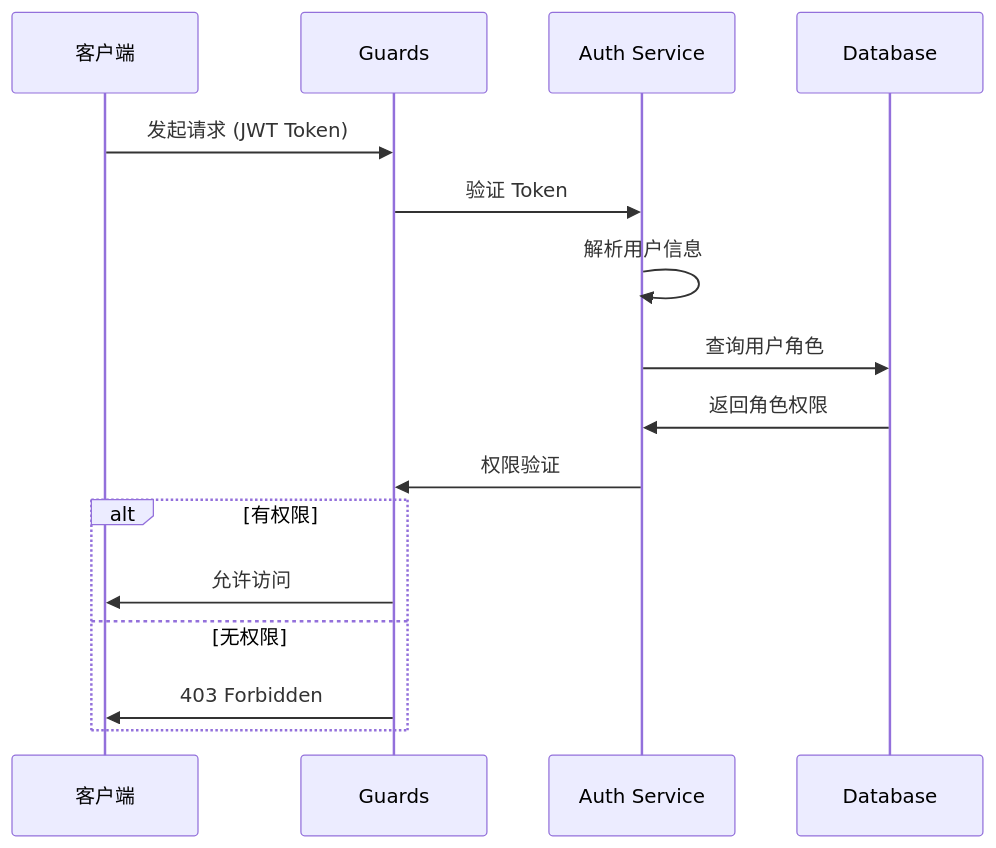
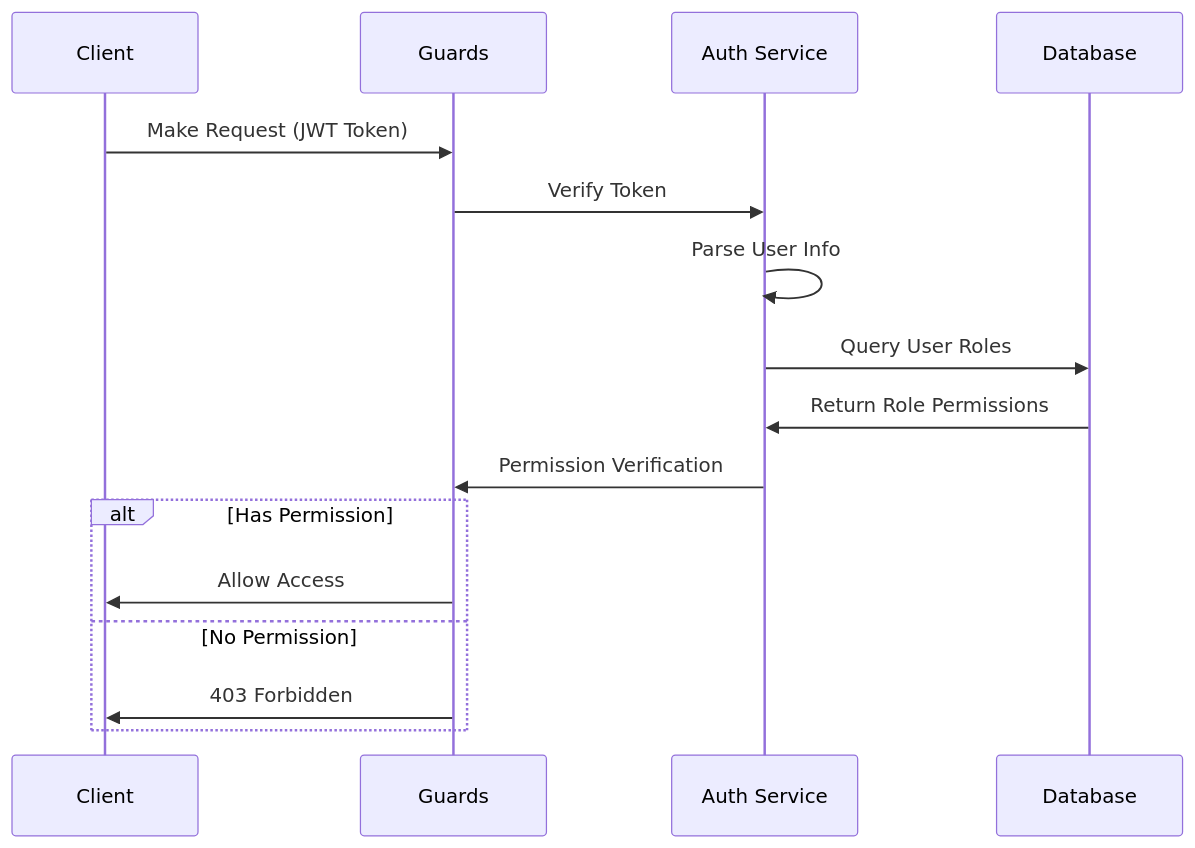
One commit to linlingqin77/Nest-Admin changed the second of 2 diagrams in README.md. Above: the diagram before and after it, drawn with Mermaid. The commit also changed other lines of this file and 1 other file, not shown here.

````diff
--- a/README.md
+++ b/README.md
@@ -177,19 +177,19 @@
 ```mermaid
 sequenceDiagram
-    participant C as 客户端
+    participant C as Client
     participant G as Guards
     participant A as Auth Service
     participant D as Database
     
-    C->>G: 发起请求 (JWT Token)
-    G->>A: 验证 Token
-    A->>A: 解析用户信息
-    A->>D: 查询用户角色
-    D->>A: 返回角色权限
-    A->>G: 权限验证
-    alt 有权限
-        G->>C: 允许访问
-    else 无权限
+    C->>G: Make Request (JWT Token)
+    G->>A: Verify Token
+    A->>A: Parse User Info
+    A->>D: Query User Roles
+    D->>A: Return Role Permissions
+    A->>G: Permission Verification
+    alt Has Permission
+        G->>C: Allow Access
+    else No Permission
         G->>C: 403 Forbidden
     end
 ```
````
